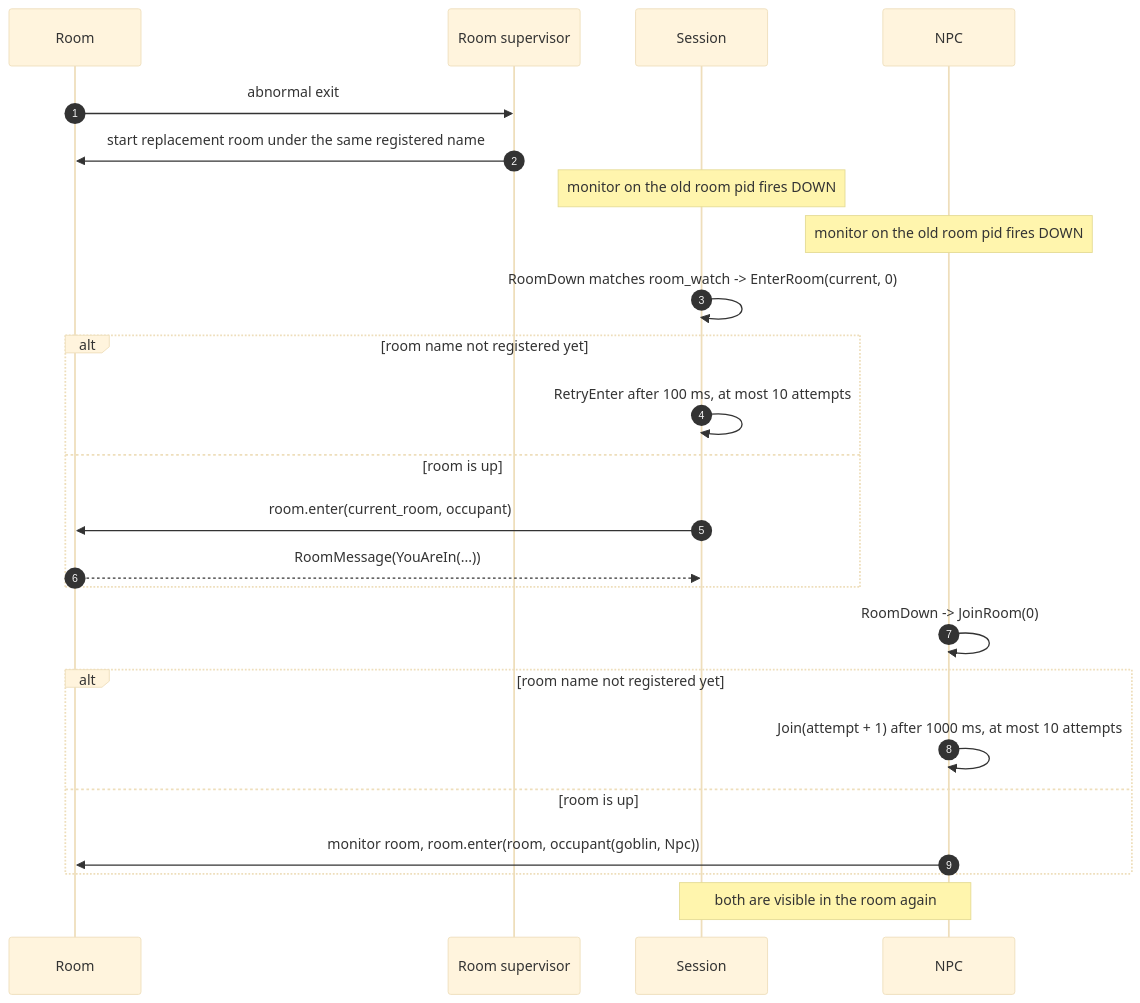
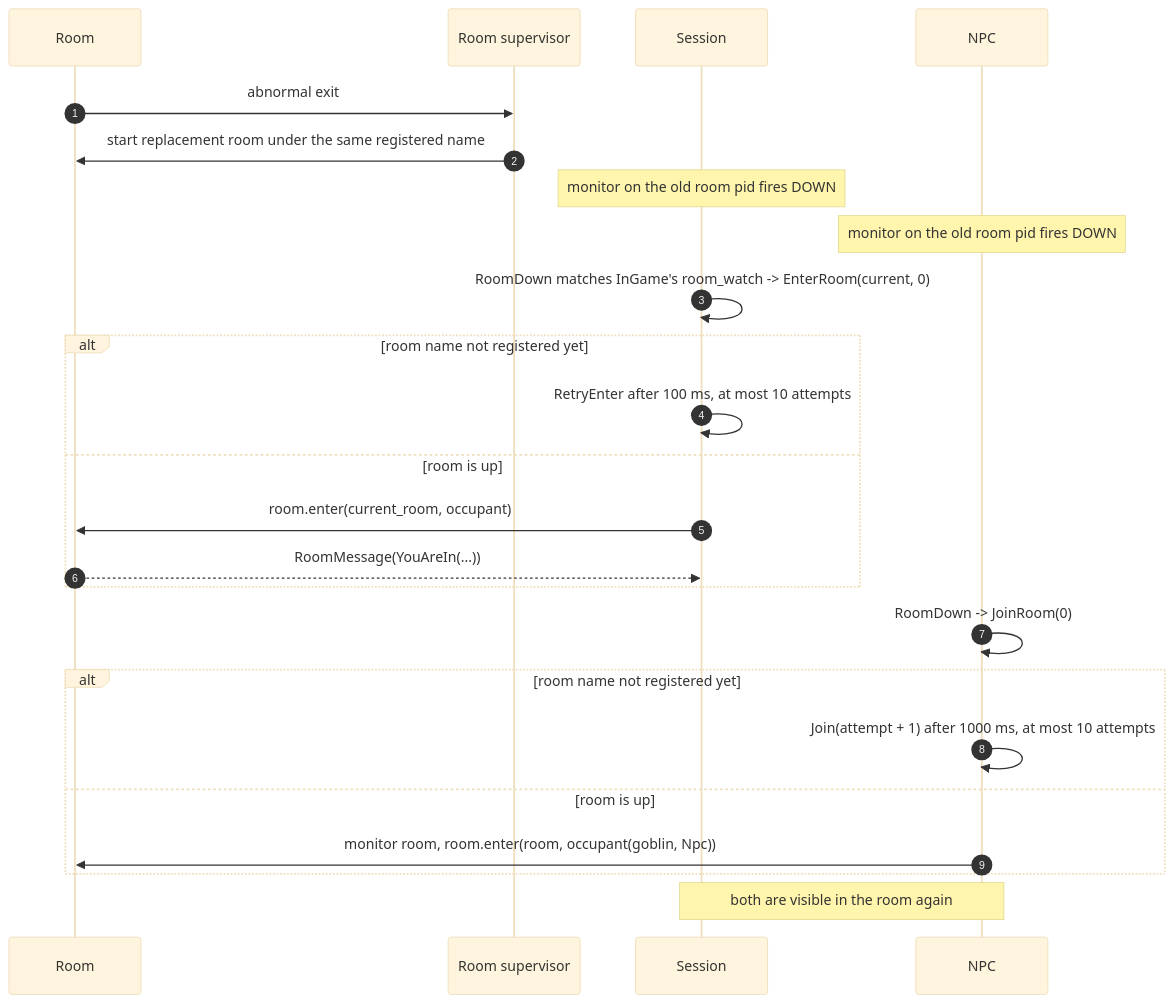
The ninth of 9 diagrams in README.md (dlozeve/mud), drawn with Mermaid (base theme) before and after one commit. The commit also changed other lines of this file, not shown here.

First line of the commit message:
docs: update README flows for the refactored types

````diff
--- a/README.md
+++ b/README.md
@@ -357,27 +357,27 @@
 ```mermaid
 sequenceDiagram
   autonumber
   participant R as Room
   participant RS as Room supervisor
   participant S as Session
   participant N as NPC
 
   R->>RS: abnormal exit
   RS->>R: start replacement room under the same registered name
   Note over S: monitor on the old room pid fires DOWN
   Note over N: monitor on the old room pid fires DOWN
-  S->>S: RoomDown matches room_watch -> EnterRoom(current, 0)
+  S->>S: RoomDown matches InGame's room_watch -> EnterRoom(current, 0)
   alt room name not registered yet
     S->>S: RetryEnter after 100 ms, at most 10 attempts
   else room is up
     S->>R: room.enter(current_room, occupant)
     R-->>S: RoomMessage(YouAreIn(...))
   end
   N->>N: RoomDown -> JoinRoom(0)
   alt room name not registered yet
     N->>N: Join(attempt + 1) after 1000 ms, at most 10 attempts
   else room is up
     N->>R: monitor room, room.enter(room, occupant(goblin, Npc))
   end
   Note over S,N: both are visible in the room again
 ```
````
